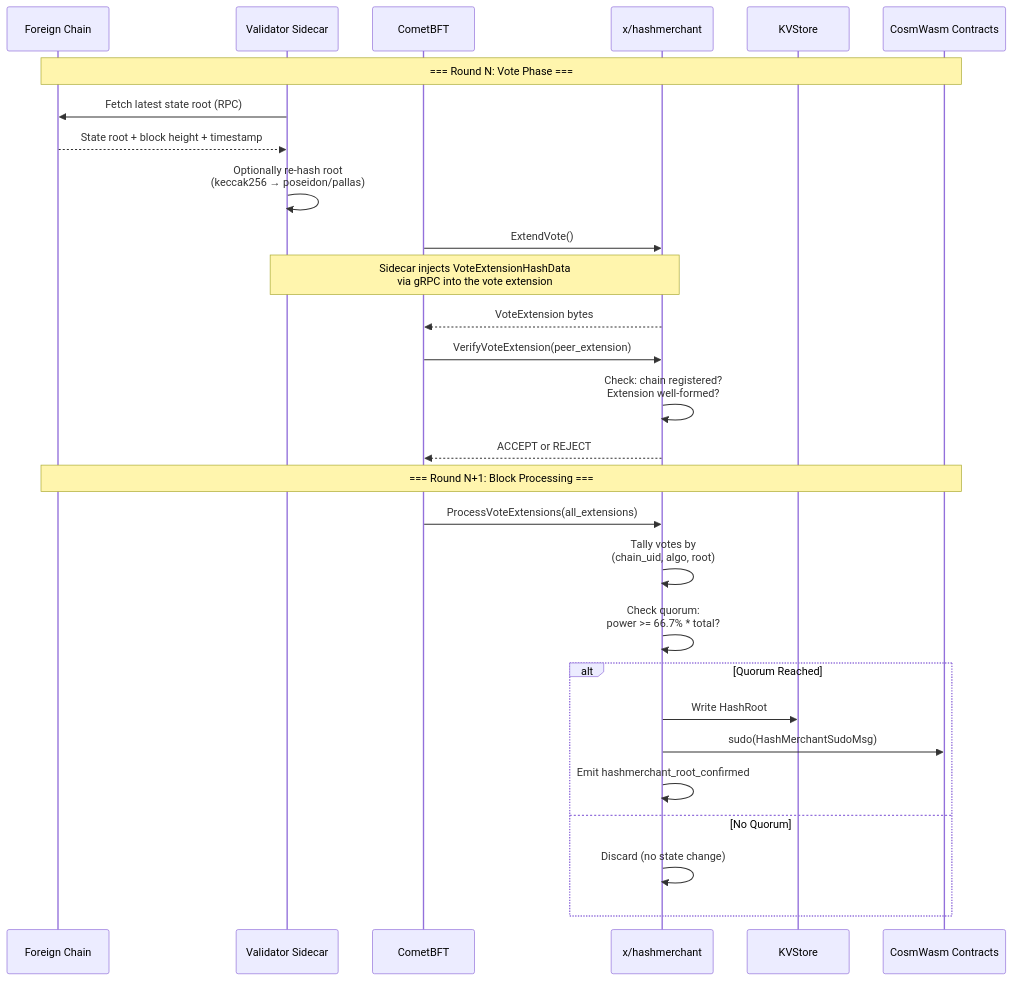
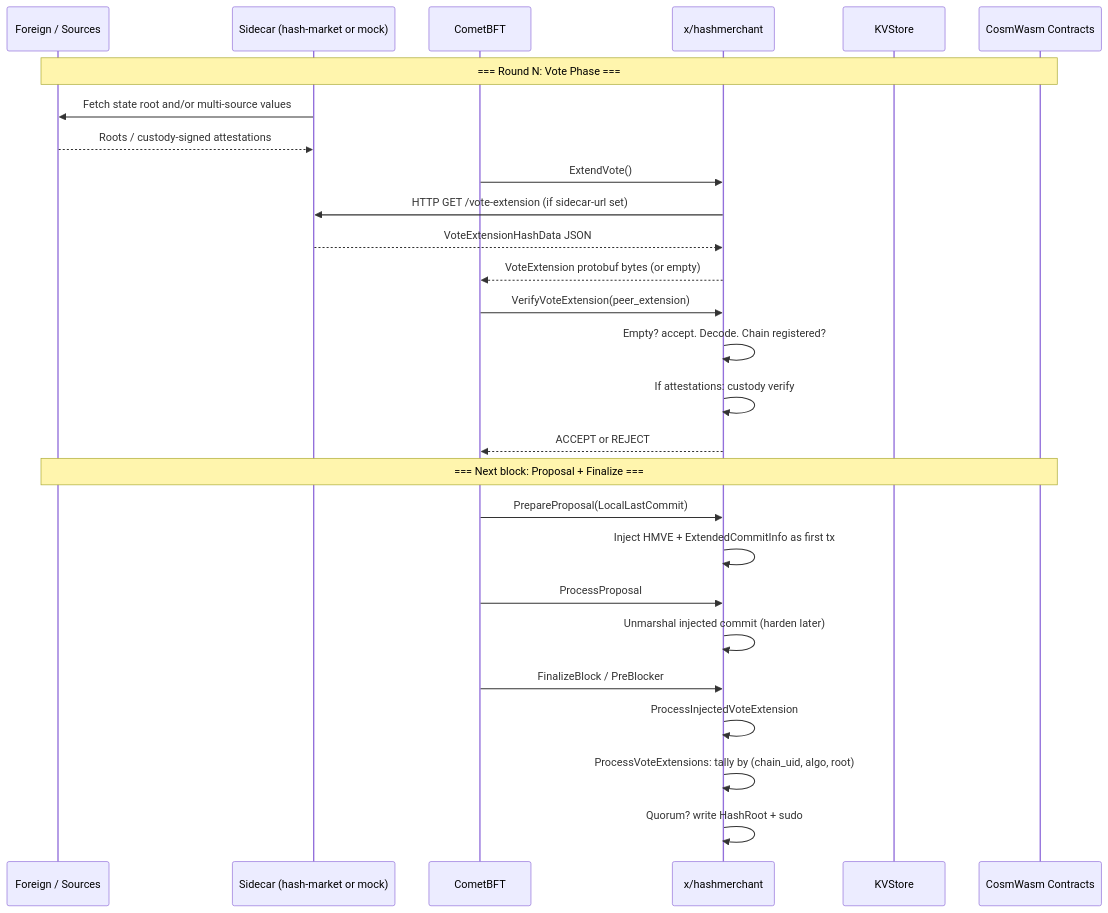
Before and after one commit to terpnetwork/terp-core: the diagram in x/hashmerchant/spec/05_vote_extensions.md, drawn with Mermaid. The commit also changed other lines of this file and 10 other files, not shown here.

First line of the commit message:
feat(hashmerchant): vote extensions, genesis, and app module wiring

````diff
--- a/x/hashmerchant/spec/05_vote_extensions.md
+++ b/x/hashmerchant/spec/05_vote_extensions.md
@@ -11,38 +13,36 @@
 ```mermaid
 sequenceDiagram
-    participant FC as Foreign Chain
-    participant SC as Validator Sidecar
+    participant FC as Foreign / Sources
+    participant SC as Sidecar (hash-market or mock)
     participant CMT as CometBFT
     participant APP as x/hashmerchant
     participant KV as KVStore
     participant CW as CosmWasm Contracts
 
     Note over FC,CW: === Round N: Vote Phase ===
 
-    SC->>FC: Fetch latest state root (RPC)
-    FC-->>SC: State root + block height + timestamp
-
-    SC->>SC: Optionally re-hash root<br/>(keccak256 → poseidon/pallas)
+    SC->>FC: Fetch state root and/or multi-source values
+    FC-->>SC: Roots / custody-signed attestations
 
     CMT->>APP: ExtendVote()
-    Note over SC,APP: Sidecar injects VoteExtensionHashData<br/>via gRPC into the vote extension
-    APP-->>CMT: VoteExtension bytes
+    APP->>SC: HTTP GET /vote-extension (if sidecar-url set)
+    SC-->>APP: VoteExtensionHashData JSON
+    APP-->>CMT: VoteExtension protobuf bytes (or empty)
 
     CMT->>APP: VerifyVoteExtension(peer_extension)
-    APP->>APP: Check: chain registered?<br/>Extension well-formed?
+    APP->>APP: Empty? accept. Decode. Chain registered?
+    APP->>APP: If attestations: custody verify
     APP-->>CMT: ACCEPT or REJECT
 
-    Note over FC,CW: === Round N+1: Block Processing ===
+    Note over FC,CW: === Next block: Proposal + Finalize ===
 
-    CMT->>APP: ProcessVoteExtensions(all_extensions)
-    APP->>APP: Tally votes by<br/>(chain_uid, algo, root)
-    APP->>APP: Check quorum:<br/>power >= 66.7% * total?
+    CMT->>APP: PrepareProposal(LocalLastCommit)
+    APP->>APP: Inject HMVE + ExtendedCommitInfo as first tx
+    CMT->>APP: ProcessProposal
+    APP->>APP: Unmarshal injected commit (harden later)
 
-    alt Quorum Reached
-        APP->>KV: Write HashRoot
-        APP->>CW: sudo(HashMerchantSudoMsg)
-        APP->>APP: Emit hashmerchant_root_confirmed
-    else No Quorum
-        APP->>APP: Discard (no state change)
-    end
+    CMT->>APP: FinalizeBlock / PreBlocker
+    APP->>APP: ProcessInjectedVoteExtension
+    APP->>APP: ProcessVoteExtensions: tally by (chain_uid, algo, root)
+    APP->>APP: Quorum? write HashRoot + sudo
 ```
````
